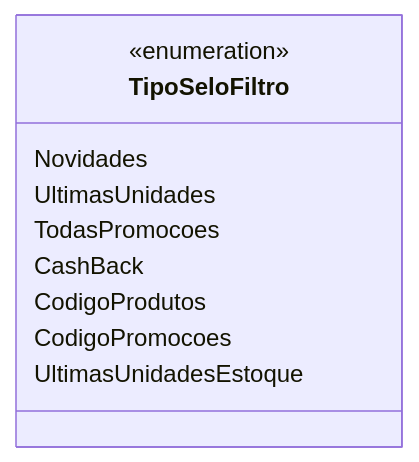
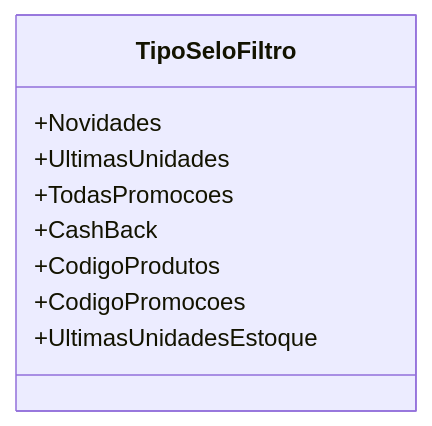
One commit to IsthmusSistemas/documentacao-tecnica changed the diagram in docs/b2b-dominio/IsthmusWinthor.Nucleo/IsthmusWinthor.Dominio/Enumeradores/TipoSeloFiltro.md. Above: the diagram before and after it, drawn with Mermaid. The commit also changed other lines of this file and 882 other files, not shown here.

````diff
--- a/docs/b2b-dominio/IsthmusWinthor.Nucleo/IsthmusWinthor.Dominio/Enumeradores/TipoSeloFiltro.md
+++ b/docs/b2b-dominio/IsthmusWinthor.Nucleo/IsthmusWinthor.Dominio/Enumeradores/TipoSeloFiltro.md
@@ -21,13 +11,12 @@
 ```mermaid
 classDiagram
     class TipoSeloFiltro {
-        <<enumeration>>
-        Novidades
-        UltimasUnidades
-        TodasPromocoes
-        CashBack
-        CodigoProdutos
-        CodigoPromocoes
-        UltimasUnidadesEstoque
+        +Novidades
+        +UltimasUnidades
+        +TodasPromocoes
+        +CashBack
+        +CodigoProdutos
+        +CodigoPromocoes
+        +UltimasUnidadesEstoque
     }
 ```
````
